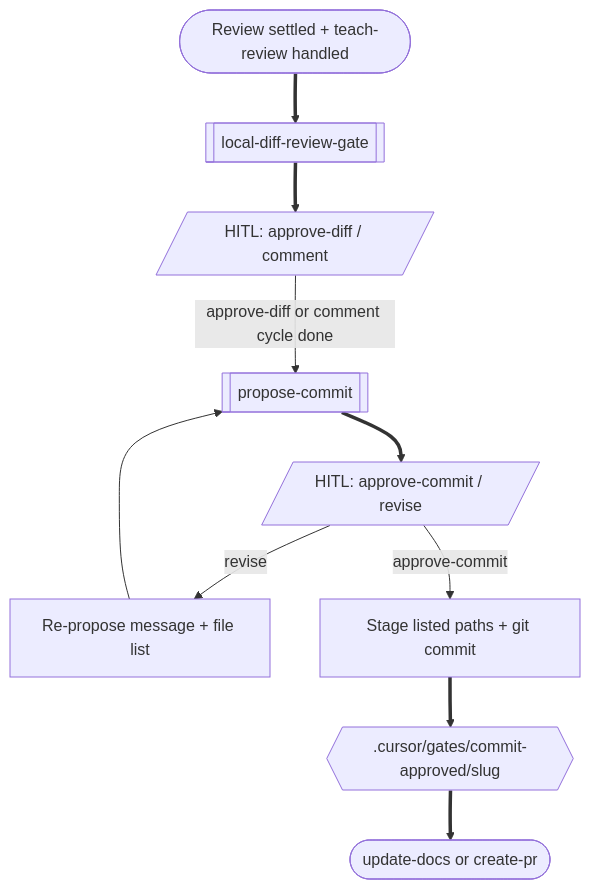
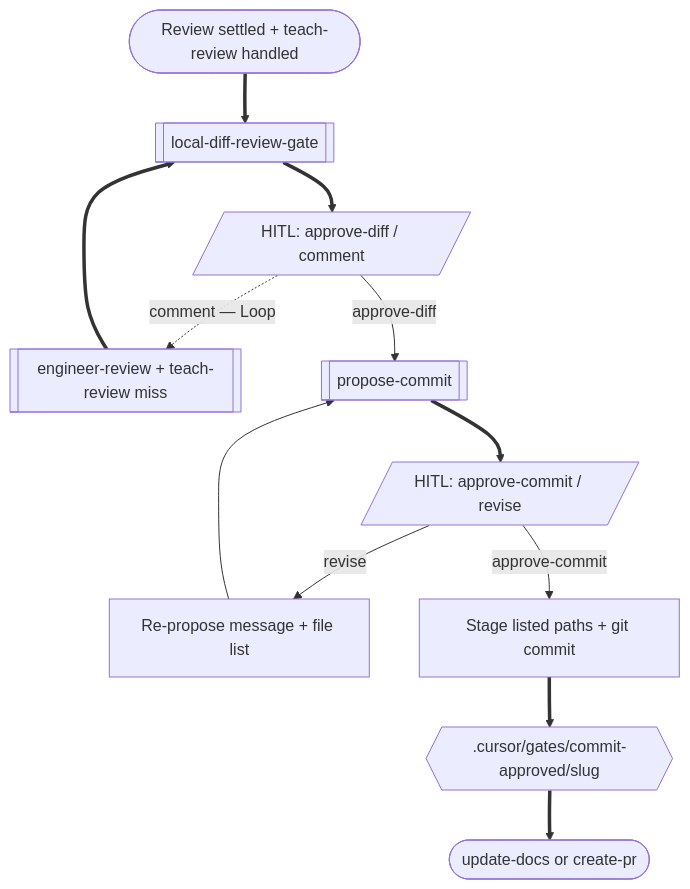
The ninth of 14 diagrams in docs/superpowers/pipeline-flow.md (a-trembak/loregate), drawn with Mermaid before and after one commit. The commit also changed other lines of this file and 30 other files, not shown here.

First line of the commit message:
Engineer-review before Local Diff Loop, plus human-language UI/backend rules (#102)

````diff
--- a/docs/superpowers/pipeline-flow.md
+++ b/docs/superpowers/pipeline-flow.md
@@ -484,22 +485,25 @@
 ```mermaid
 flowchart TD
   reviewDone(["Review settled + teach-review handled"])
   localDiff[["local-diff-review-gate"]]
   hitlDiff[/"HITL: approve-diff / comment"/]
+  reReview[["engineer-review + teach-review miss"]]
   propose[["propose-commit"]]
   hitlCommit[/"HITL: approve-commit / revise"/]
   revise["Re-propose message + file list"]
   stageCommit["Stage listed paths + git commit"]
   writeCommit{{".cursor/gates/commit-approved/slug"}}
   toDocs(["update-docs or create-pr"])
 
   reviewDone ==> localDiff
   localDiff ==> hitlDiff
-  hitlDiff -->|"approve-diff or comment cycle done"| propose
+  hitlDiff -->|"approve-diff"| propose
+  hitlDiff -.->|"comment — Loop"| reReview
+  reReview ==> localDiff
   propose ==> hitlCommit
   hitlCommit -->|"revise"| revise
   revise --> propose
   hitlCommit -->|"approve-commit"| stageCommit
   stageCommit ==> writeCommit
   writeCommit ==> toDocs
 ```
````
